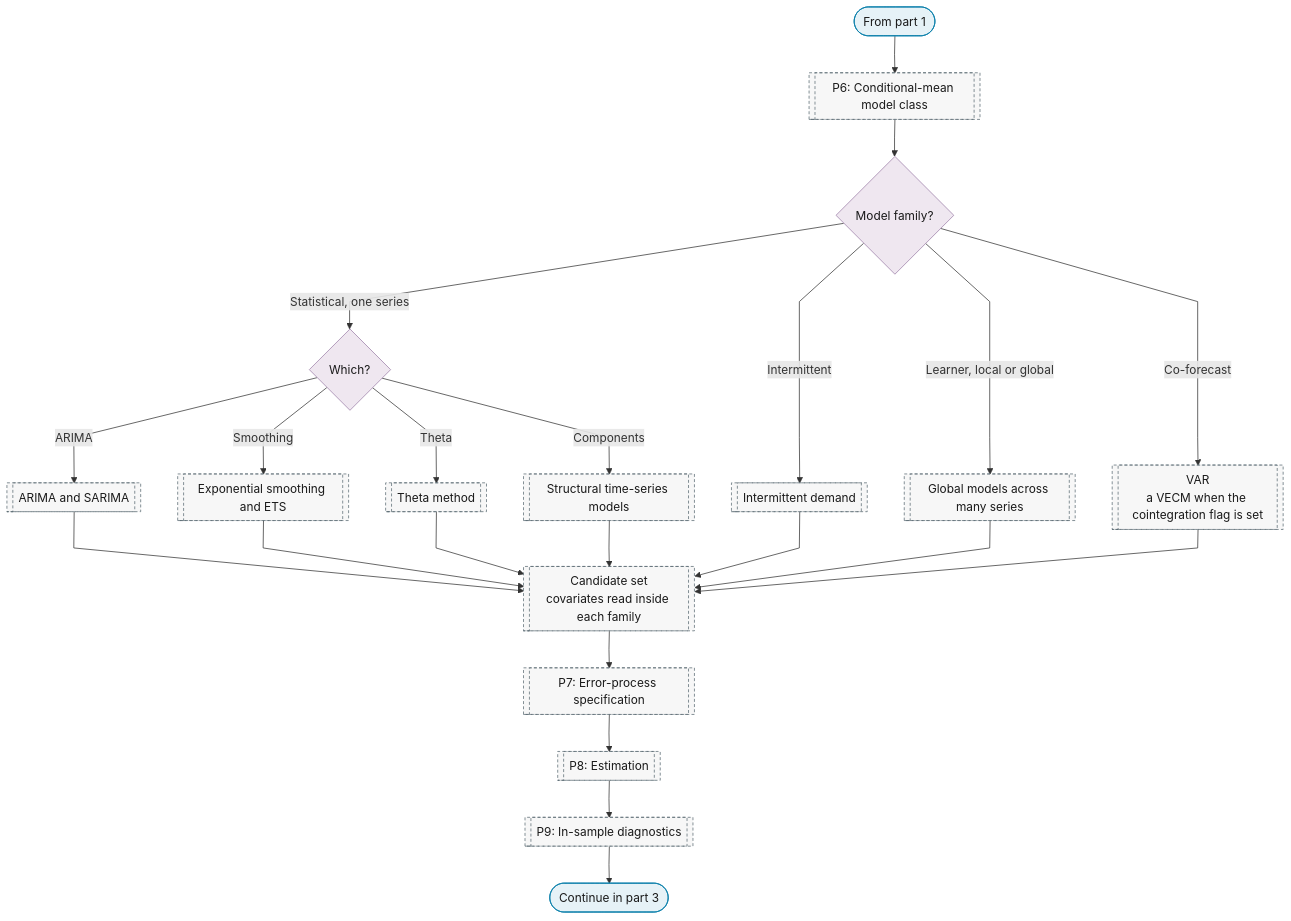
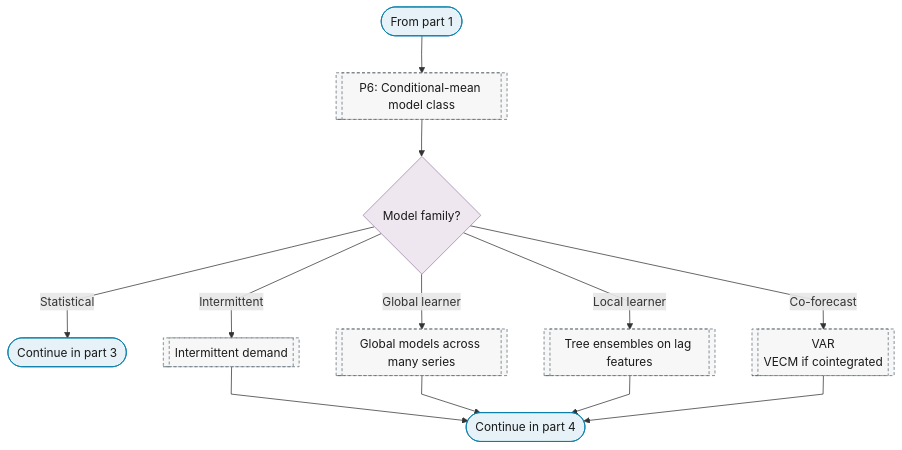
Before and after one commit to Shuxin-Y/time-series-analysis-manual: the second of 5 diagrams in docs/01-workflow/p00-purpose/01-forecasting.md, drawn with Mermaid. The commit also changed other lines of this file and 20 other files, not shown here.

First line of the commit message:
fix(charts): one placement per purpose leaf; branch table; exits and labels

````diff
--- a/docs/01-workflow/p00-purpose/01-forecasting.md
+++ b/docs/01-workflow/p00-purpose/01-forecasting.md
@@ -39,31 +39,23 @@
 ```mermaid
 %%{init: {"flowchart": {"curve": "linear"}}}%%
 graph TD
     P0_FC_PART_2_IN(["From part 1"]) --> P6[["P6: Conditional-mean model class"]]
     P6 --> P0_FC_FAMILY{"Model family?"}
-    P0_FC_FAMILY -->|"Statistical, one series"| P0_FC_STATISTICAL{"Which?"}
+    P0_FC_FAMILY -->|"Statistical"| P0_FC_TO_PART_3(["Continue in part 3"])
     P0_FC_FAMILY -->|"Intermittent"| P6_INTERMITTENT[["Intermittent demand"]]
-    P0_FC_FAMILY -->|"Learner, local or global"| P6_GLOBAL_MODELS[["Global models across many series"]]
-    P0_FC_FAMILY -->|"Co-forecast"| P6_VAR[["VAR<br/>a VECM when the cointegration flag is set"]]
-    P0_FC_STATISTICAL -->|"ARIMA"| P6_ARIMA_SARIMA[["ARIMA and SARIMA"]]
-    P0_FC_STATISTICAL -->|"Smoothing"| P6_ETS[["Exponential smoothing and ETS"]]
-    P0_FC_STATISTICAL -->|"Theta"| P6_THETA[["Theta method"]]
-    P0_FC_STATISTICAL -->|"Components"| P6_STRUCTURAL_TS[["Structural time-series models"]]
-    P6_ARIMA_SARIMA & P6_ETS & P6_THETA & P6_STRUCTURAL_TS --> P6_CANDIDATE_SET
-    P6_INTERMITTENT & P6_GLOBAL_MODELS & P6_VAR --> P6_CANDIDATE_SET[["Candidate set<br/>covariates read inside each family"]]
-    P6_CANDIDATE_SET --> P7[["P7: Error-process specification"]]
-    P7 --> P8[["P8: Estimation"]]
-    P8 --> P9[["P9: In-sample diagnostics"]]
-    P9 --> P0_FC_PART_2_OUT(["Continue in part 3"])
-    class P0_FC_PART_2_IN,P0_FC_PART_2_OUT terminator
-    class P0_FC_FAMILY,P0_FC_STATISTICAL decision
-    class P6,P6_INTERMITTENT,P6_GLOBAL_MODELS,P6_VAR,P6_ARIMA_SARIMA,P6_ETS,P6_THETA,P6_STRUCTURAL_TS,P6_CANDIDATE_SET,P7,P8,P9 ref
+    P0_FC_FAMILY -->|"Global learner"| P6_GLOBAL_MODELS[["Global models across many series"]]
+    P0_FC_FAMILY -->|"Local learner"| P6_TREE_ENSEMBLES[["Tree ensembles on lag features"]]
+    P0_FC_FAMILY -->|"Co-forecast"| P6_VAR[["VAR<br/>VECM if cointegrated"]]
+    P6_INTERMITTENT & P6_GLOBAL_MODELS & P6_TREE_ENSEMBLES & P6_VAR --> P0_FC_PART_2_OUT(["Continue in part 4"])
+    class P0_FC_PART_2_IN,P0_FC_TO_PART_3,P0_FC_PART_2_OUT terminator
+    class P0_FC_FAMILY decision
+    class P6,P6_INTERMITTENT,P6_GLOBAL_MODELS,P6_TREE_ENSEMBLES,P6_VAR ref
     classDef terminator fill:#E6F2F7,stroke:#007BA7,color:#1A1A1A;
     classDef process fill:#FFFFFF,stroke:#5A6B73,color:#1A1A1A;
     classDef decision fill:#EFE7F0,stroke:#9B7FA7,color:#1A1A1A;
     classDef data fill:#FFF4E0,stroke:#C9A55E,color:#1A1A1A;
     classDef good fill:#DCEFD8,stroke:#4A7A3F,color:#1A1A1A;
     classDef escalate fill:#FFE9C2,stroke:#C9A55E,color:#1A1A1A;
     classDef problem fill:#F2D9DE,stroke:#800020,color:#1A1A1A;
     classDef ref fill:#F7F7F7,stroke:#5A6B73,color:#1A1A1A,stroke-dasharray:4 3;
 ```
````
